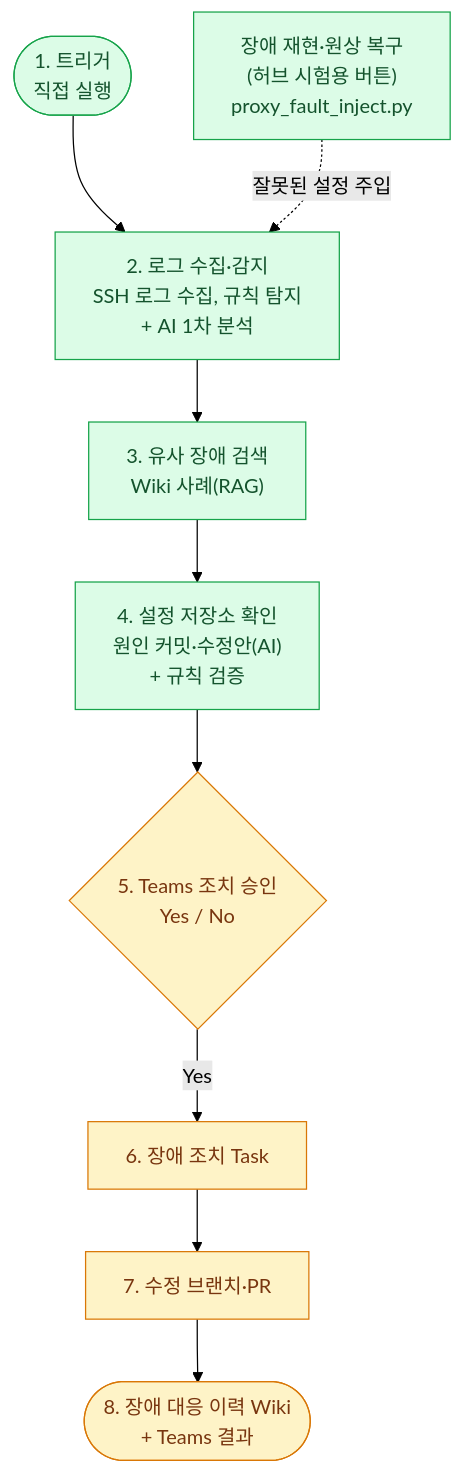
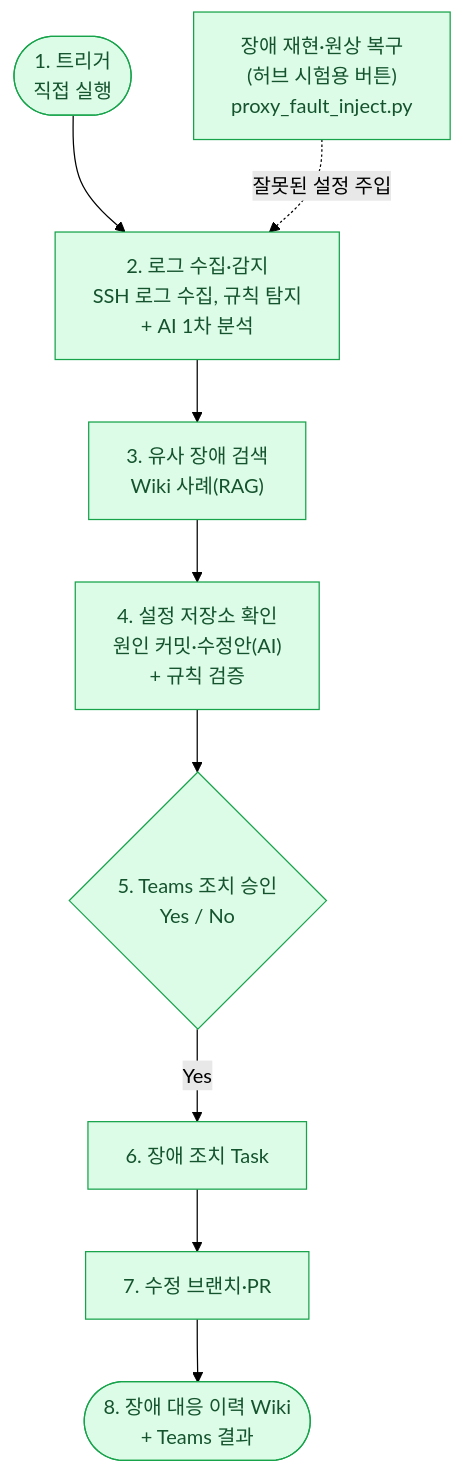
One commit to pcmola/ai-master changed the third of 10 diagrams in README.md. Above: the diagram before and after it, drawn with Mermaid (forest theme). The commit also changed other lines of this file, not shown here.

````diff
--- a/README.md
+++ b/README.md
@@ -165,17 +165,16 @@
 ```mermaid
 flowchart TD
     t(["1. 트리거<br/>직접 실행"]) --> d["2. 로그 수집·감지<br/>SSH 로그 수집, 규칙 탐지<br/>+ AI 1차 분석"]
     d --> sim["3. 유사 장애 검색<br/>Wiki 사례(RAG)"]
     sim --> src["4. 설정 저장소 확인<br/>원인 커밋·수정안(AI)<br/>+ 규칙 검증"]
     src --> ap{"5. Teams 조치 승인<br/>Yes / No"}
     ap -- "Yes" --> task["6. 장애 조치 Task"]
     task --> pr["7. 수정 브랜치·PR"]
     pr --> hist(["8. 장애 대응 이력 Wiki<br/>+ Teams 결과"])
     inj["장애 재현·원상 복구<br/>(허브 시험용 버튼)<br/>proxy_fault_inject.py"] -. "잘못된 설정 주입" .-> d
 
     classDef done fill:#DCFCE7,stroke:#16A34A,color:#14532D
     classDef part fill:#FEF3C7,stroke:#D97706,color:#78350F
     classDef todo fill:#F1F5F9,stroke:#94A3B8,stroke-dasharray:4 3,color:#64748B
-    class t,d,sim,src,inj done
-    class ap,task,pr,hist part
+    class t,d,sim,src,inj,ap,task,pr,hist done
 ```
````
